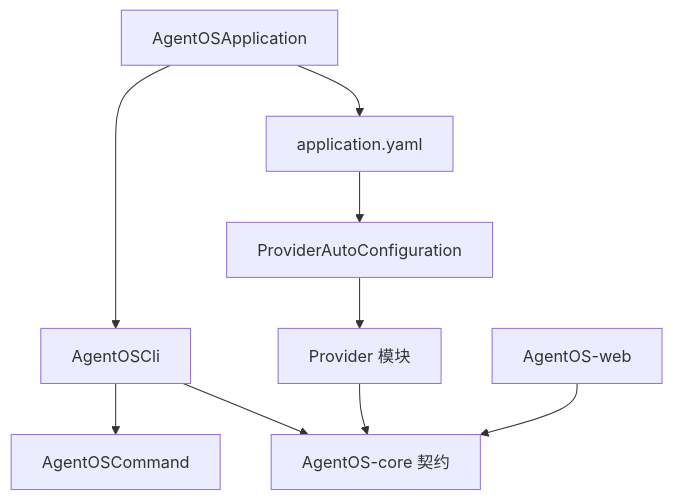
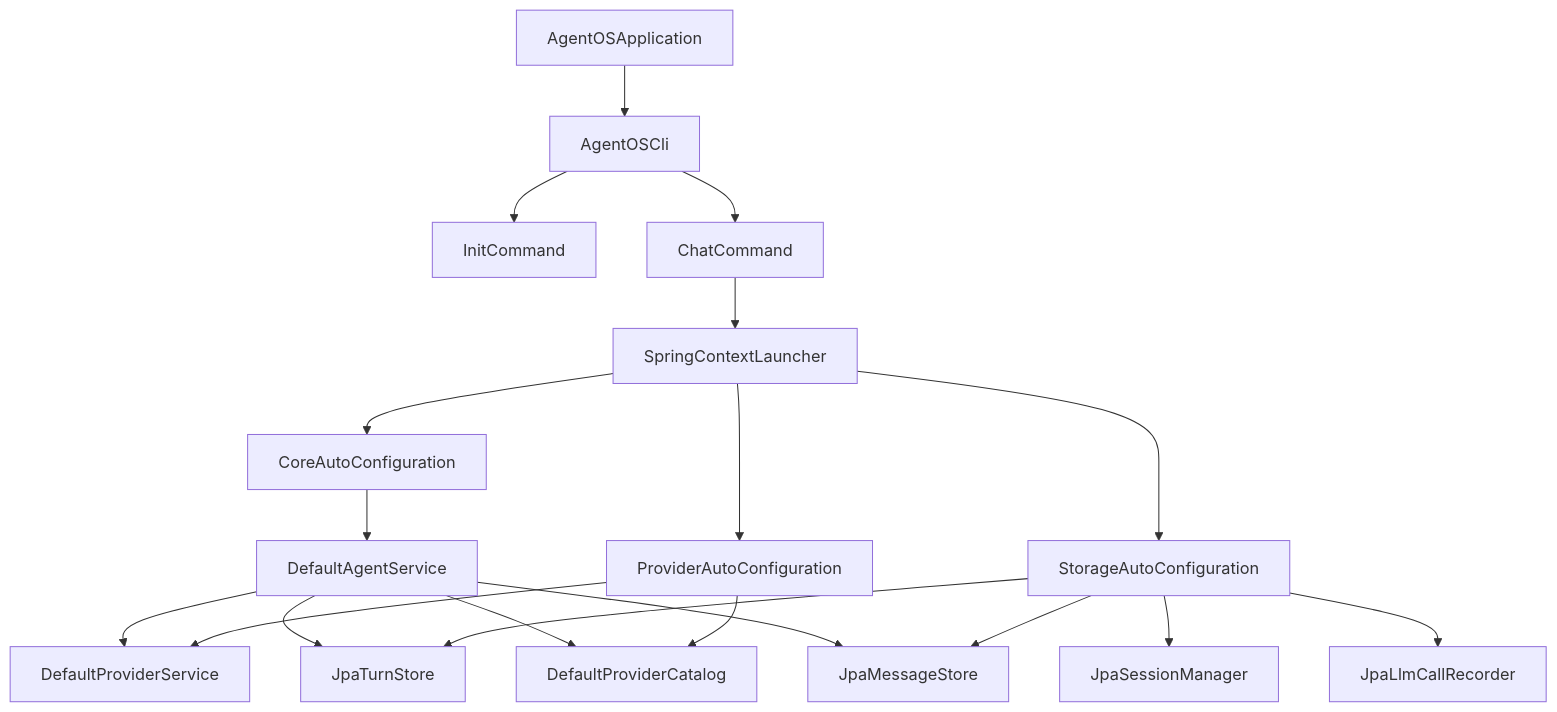
Before and after one commit to wangkaiqistart/agent-os: the first of 4 diagrams in docs/code-reading/ClassStructure.md, drawn with Mermaid. The commit also changed other lines of this file and 10 other files, not shown here.

````diff
--- a/docs/code-reading/ClassStructure.md
+++ b/docs/code-reading/ClassStructure.md
@@ -22,11 +16,21 @@
 ```mermaid
 flowchart TD
     Boot[AgentOSApplication] --> CLI[AgentOSCli]
-    CLI --> Command[AgentOSCommand]
-    Boot --> Config[application.yaml]
-    Config --> ProviderConfig[ProviderAutoConfiguration]
-    ProviderConfig --> Provider[Provider 模块]
-    Provider --> Core[AgentOS-core 契约]
-    Web[AgentOS-web] --> Core
-    CLI --> Core
+    CLI --> Init[InitCommand]
+    CLI --> Chat[ChatCommand]
+    Chat --> Launcher[SpringContextLauncher]
+    Launcher --> CoreAuto[CoreAutoConfiguration]
+    Launcher --> ProviderAuto[ProviderAutoConfiguration]
+    Launcher --> StorageAuto[StorageAutoConfiguration]
+    CoreAuto --> Service[DefaultAgentService]
+    ProviderAuto --> Provider[DefaultProviderService]
+    ProviderAuto --> Catalog[DefaultProviderCatalog]
+    StorageAuto --> Turn[JpaTurnStore]
+    StorageAuto --> Messages[JpaMessageStore]
+    StorageAuto --> Sessions[JpaSessionManager]
+    StorageAuto --> Audit[JpaLlmCallRecorder]
+    Service --> Provider
+    Service --> Turn
+    Service --> Messages
+    Service --> Catalog
 ```
````
